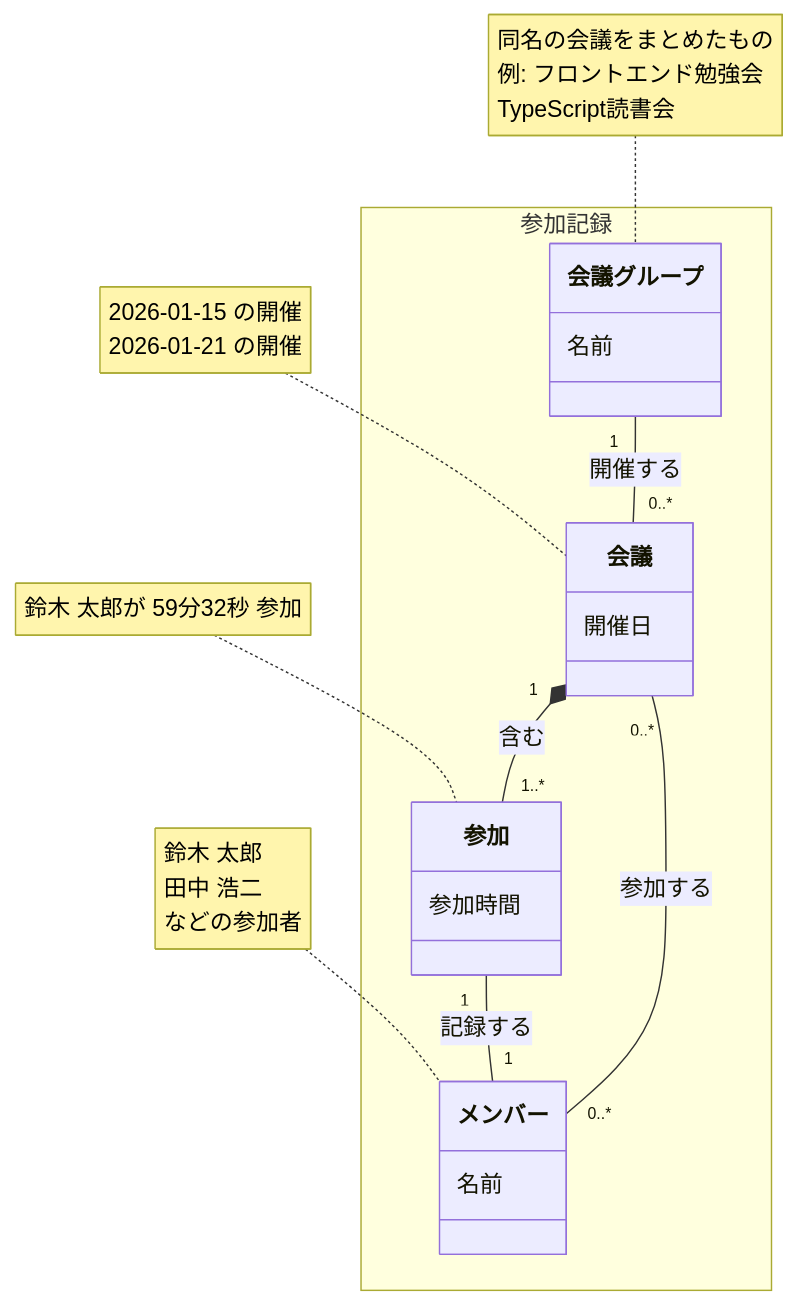
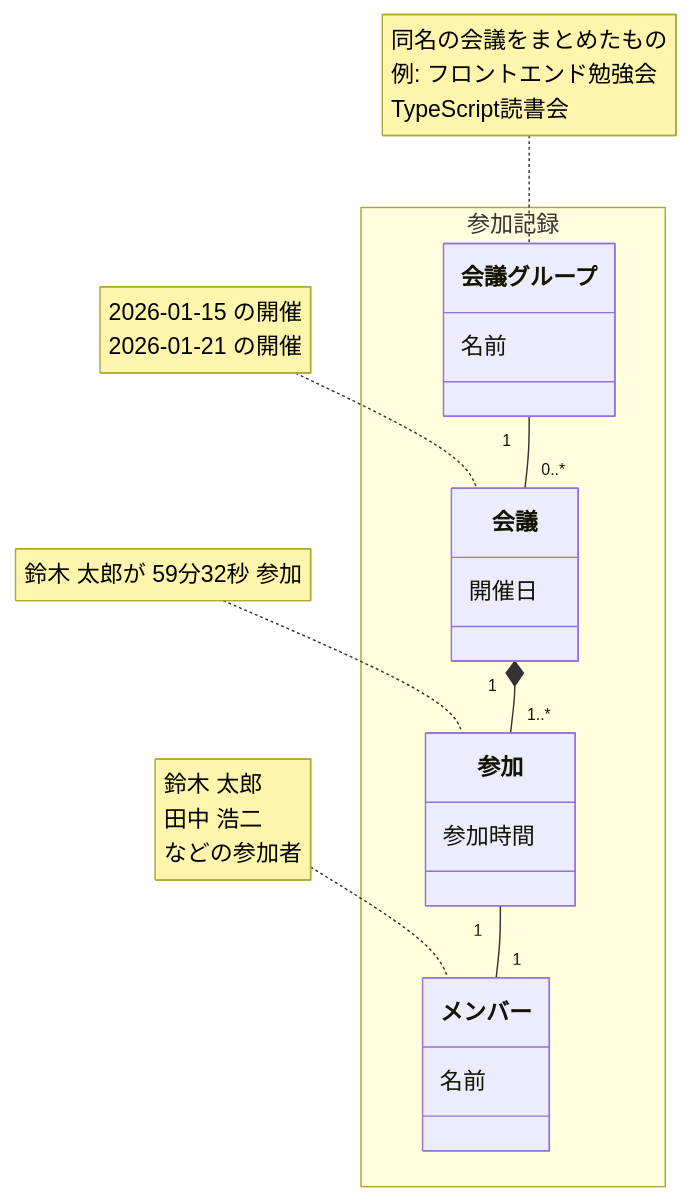
One commit to nuitsjp/teams-board changed the first of 2 diagrams in docs/index.md. Above: the diagram before and after it, drawn with Mermaid. The commit also changed 2 other files, not shown here.

````diff
--- a/docs/index.md
+++ b/docs/index.md
@@ -12,27 +12,26 @@
 ```mermaid
 classDiagram
     namespace 参加記録 {
         class 会議グループ {
             名前
         }
         class メンバー {
             名前
         }
         class 会議 {
             開催日
         }
         class 参加 {
             参加時間
         }
     }
 
-    会議グループ "1" -- "0..*" 会議 : 開催する
-    メンバー "0..*" -- "0..*" 会議 : 参加する
-    会議 "1" *-- "1..*" 参加 : 含む
-    参加 "1" -- "1" メンバー : 記録する
+    会議グループ "1" -- "0..*" 会議
+    会議 "1" *-- "1..*" 参加
+    参加 "1" -- "1" メンバー
 
     note for 会議グループ "同名の会議をまとめたもの<br/>例: フロントエンド勉強会<br/>TypeScript読書会"
     note for メンバー "鈴木 太郎<br/>田中 浩二<br/>などの参加者"
     note for 会議 "2026-01-15 の開催<br/>2026-01-21 の開催"
     note for 参加 "鈴木 太郎が 59分32秒 参加"
 ```
````
